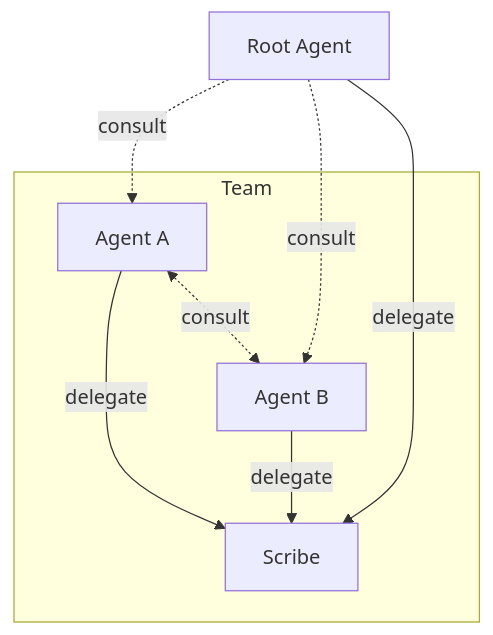
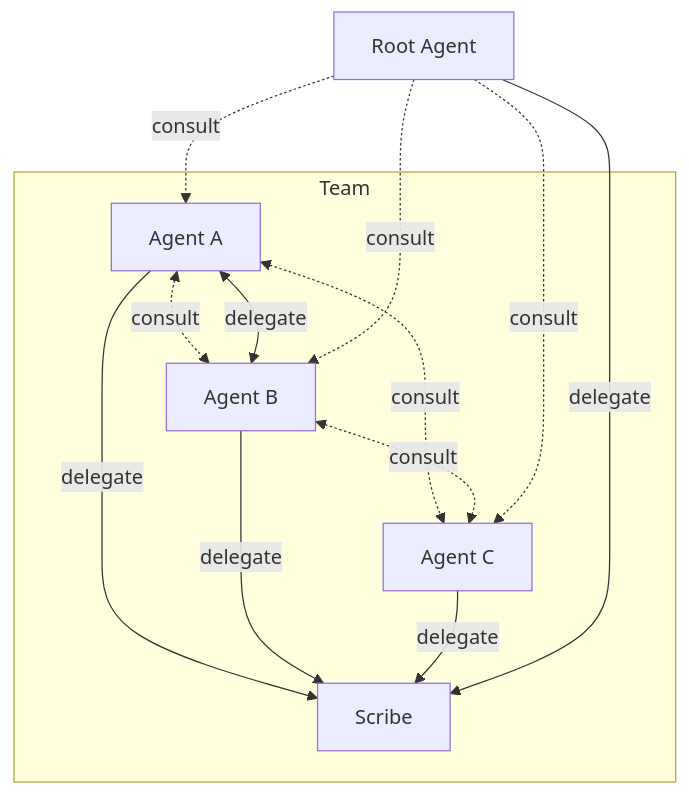
Before and after one commit to Kord96/kordinate: the first of 2 diagrams in docs/framework/consultation.md, drawn with Mermaid.

Commit message:
Diagram: add Agent C, show consult + delegate between agents [scribe]

````diff
--- a/docs/framework/consultation.md
+++ b/docs/framework/consultation.md
@@ -3,14 +3,19 @@
 ```mermaid
 flowchart TB
     ROOT[Root Agent]
 
     subgraph team[Team]
         A1[Agent A] <-.->|consult| A2[Agent B]
+        A1 <-.->|consult| A3[Agent C]
+        A2 <-.->|consult| A3
+        A1 <-->|delegate| A2
         A1 -->|delegate| SC[Scribe]
         A2 -->|delegate| SC
+        A3 -->|delegate| SC
     end
 
     ROOT -.->|consult| A1
     ROOT -.->|consult| A2
+    ROOT -.->|consult| A3
     ROOT -->|delegate| SC
 ```
````
